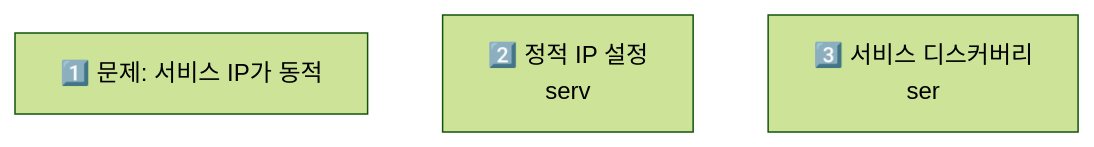
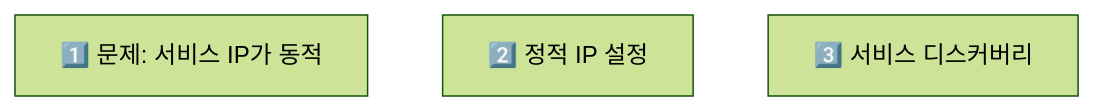
The ninth of 15 diagrams in _posts/architecture/2026-05-02-msa-deep.md (yjkim2015/yjkim2015.github.io), drawn with Mermaid (forest theme) before and after one commit. The commit also changed other lines of this file and 217 other files, not shown here.

First line of the commit message:
Mermaid 크기 수정: useMaxWidth:true + SVG max-width:100% + 라벨 축소

````diff
--- a/_posts/architecture/2026-05-02-msa-deep.md
+++ b/_posts/architecture/2026-05-02-msa-deep.md
@@ -239,6 +239,6 @@
 ```mermaid
 graph TD
     Problem["1️⃣ 문제: 서비스 IP가 동적"]
-    Static["2️⃣ 정적 IP 설정\nserv"]
-    Dynamic["3️⃣ 서비스 디스커버리\nser"]
+    Static["2️⃣ 정적 IP 설정"]
+    Dynamic["3️⃣ 서비스 디스커버리"]
 ```
````
